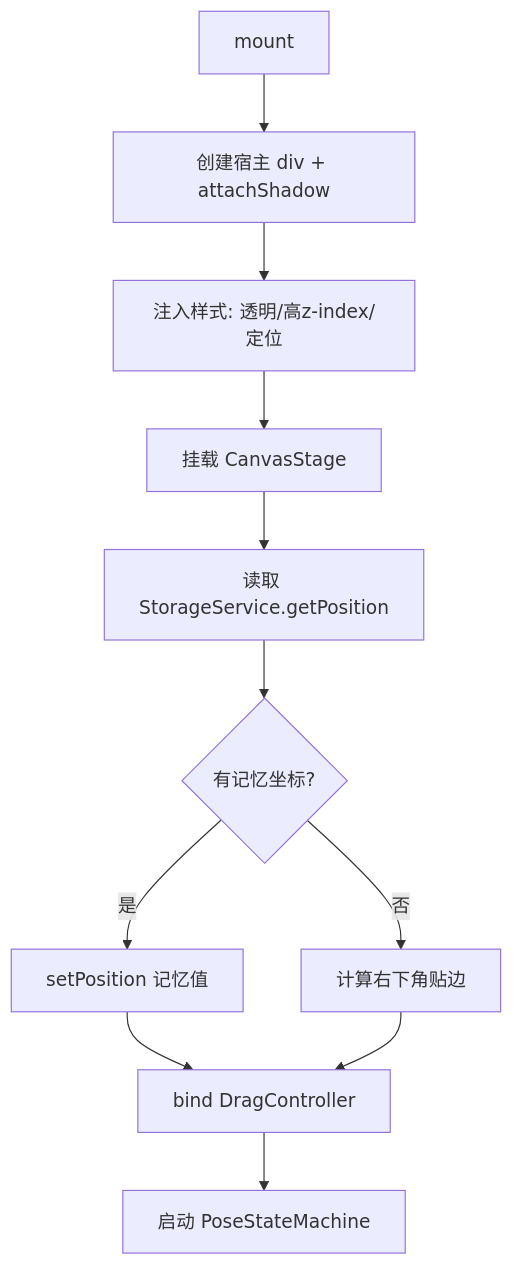
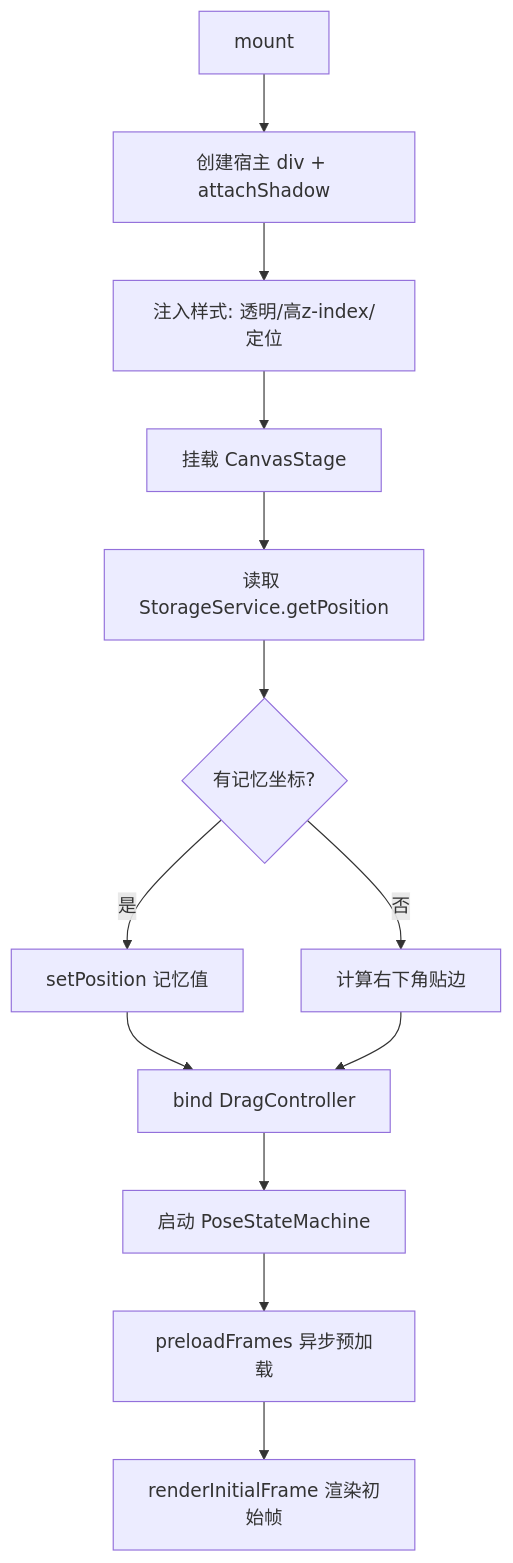
Diagram 48 of 59 in doc/2.detailed_design_specification.md (sher2018/cat_eyeing_mouse), drawn with Mermaid before and after one commit. The commit also changed other lines of this file and 25 other files, not shown here.

````diff
--- a/doc/2.detailed_design_specification.md
+++ b/doc/2.detailed_design_specification.md
@@ -1381,13 +1482,15 @@
 ```mermaid
 flowchart TD
     A[mount] --> B[创建宿主 div + attachShadow]
     B --> C[注入样式: 透明/高z-index/定位]
     C --> D[挂载 CanvasStage]
     D --> E[读取 StorageService.getPosition]
     E --> F{有记忆坐标?}
     F -- 是 --> G[setPosition 记忆值]
     F -- 否 --> H[计算右下角贴边]
     G --> I[bind DragController]
     H --> I
     I --> J[启动 PoseStateMachine]
+    J --> K[preloadFrames 异步预加载]
+    K --> L[renderInitialFrame 渲染初始帧]
 ```
````
